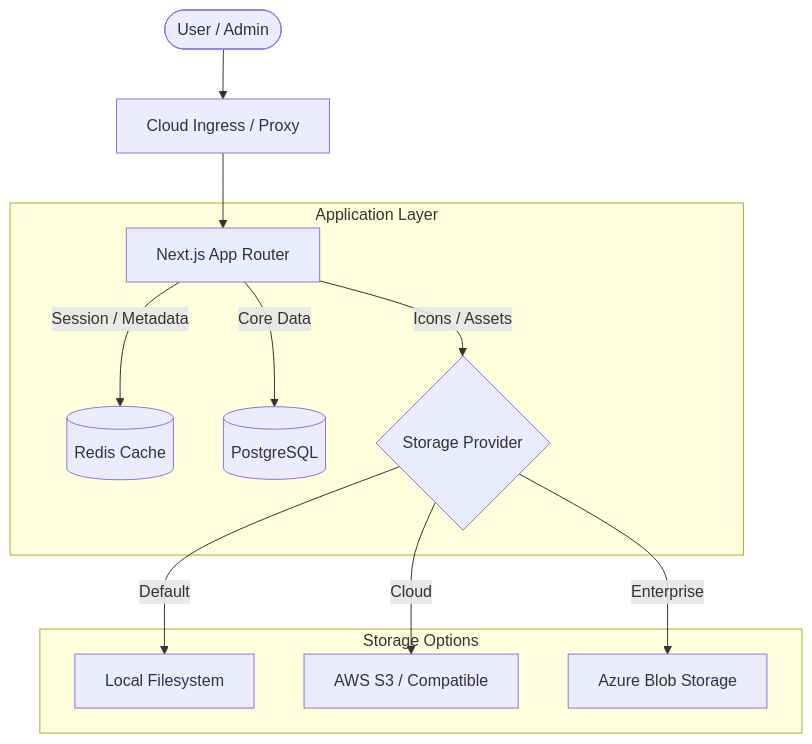
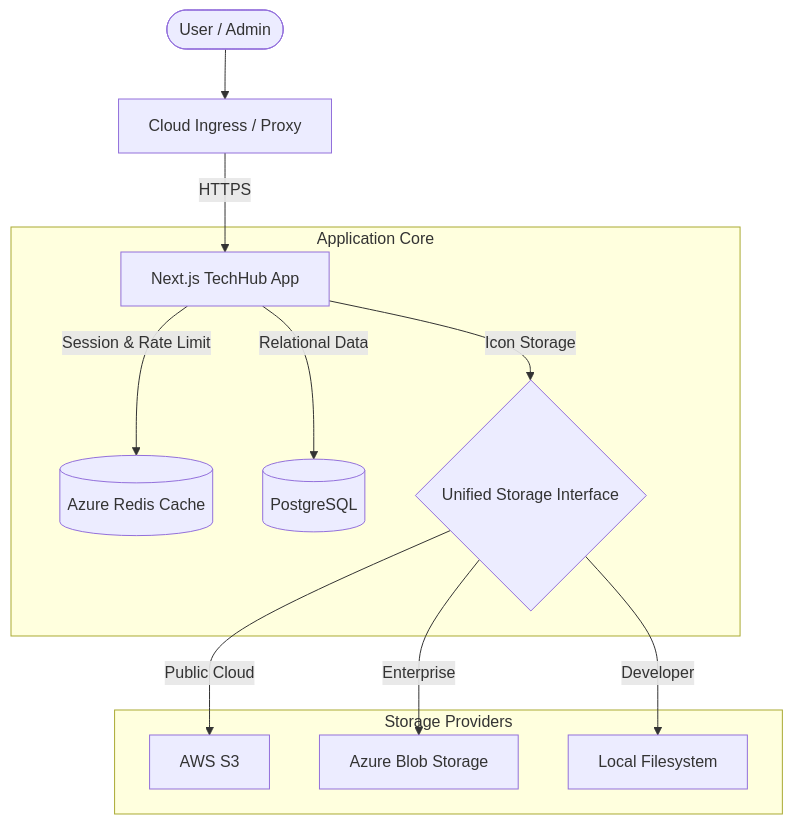
The diagram in docs/architecture.md (Bails309/TechHub), drawn with Mermaid before and after one commit. The commit also changed other lines of this file and 15 other files, not shown here.

````diff
--- a/docs/architecture.md
+++ b/docs/architecture.md
@@ -9,17 +9,17 @@
 ```mermaid
 graph TD
     User([User / Admin]) --> Ingress[Cloud Ingress / Proxy]
-    Ingress --> Web[Next.js App Router]
+    Ingress -- "HTTPS" --> Web[Next.js TechHub App]
     
-    subgraph "Application Layer"
-        Web -- "Session / Metadata" --> Redis[(Redis Cache)]
-        Web -- "Core Data" --> DB[(PostgreSQL)]
-        Web -- "Icons / Assets" --> Storage{Storage Provider}
+    subgraph "Application Core"
+        Web -- "Session & Rate Limit" --> Redis[(Azure Redis Cache)]
+        Web -- "Relational Data" --> DB[(PostgreSQL)]
+        Web -- "Icon Storage" --> Storage{Unified Storage Interface}
     end
     
-    subgraph "Storage Options"
-        Storage -- "Default" --> Local[Local Filesystem]
-        Storage -- "Cloud" --> S3[AWS S3 / Compatible]
+    subgraph "Storage Providers"
+        Storage -- "Public Cloud" --> S3[AWS S3]
         Storage -- "Enterprise" --> Azure[Azure Blob Storage]
+        Storage -- "Developer" --> Local[Local Filesystem]
     end
 ```
````
